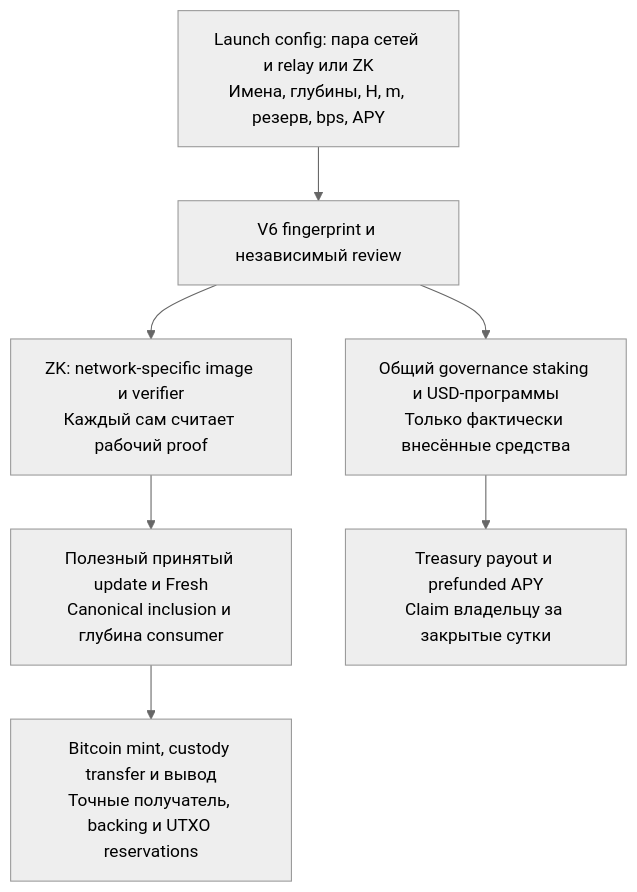
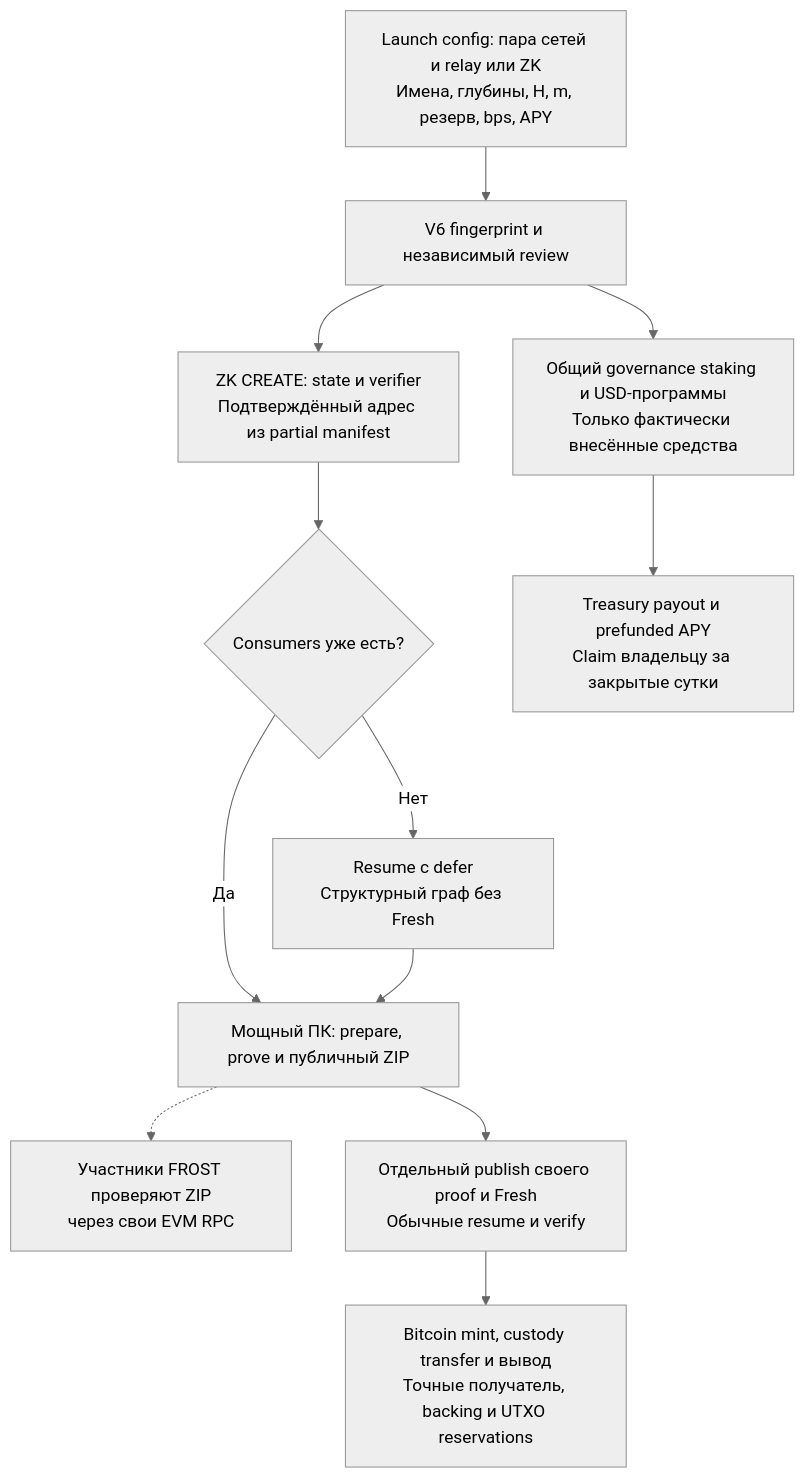
Diagram 11 of 11 in docs/ZK_SPV_ARCHITECTURE.md (SergeyBelets/SatFiSetup), drawn with Mermaid (neutral theme) before and after one commit. The commit also changed other lines of this file and 364 other files, not shown here.

````diff
--- a/docs/ZK_SPV_ARCHITECTURE.md
+++ b/docs/ZK_SPV_ARCHITECTURE.md
@@ -501,9 +504,14 @@
 ```mermaid
 flowchart TD
     C["Launch config: пара сетей и relay или ZK<br/>Имена, глубины, H, m, резерв, bps, APY"] --> I["V6 fingerprint и независимый review"]
-    I --> Z["ZK: network-specific image и verifier<br/>Каждый сам считает рабочий proof"]
-    Z --> F["Полезный принятый update и Fresh<br/>Canonical inclusion и глубина consumer"]
+    I --> Z["ZK CREATE: state и verifier<br/>Подтверждённый адрес из partial manifest"]
+    Z --> K{"Consumers уже есть?"}
+    K -->|"Нет"| BIND["Resume с defer<br/>Структурный граф без Fresh"]
+    K -->|"Да"| P
+    BIND --> P["Мощный ПК: prepare, prove и публичный ZIP"]
+    P -.-> ZIP["Участники FROST проверяют ZIP<br/>через свои EVM RPC"]
+    P --> F["Отдельный publish своего proof и Fresh<br/>Обычные resume и verify"]
     F --> B["Bitcoin mint, custody transfer и вывод<br/>Точные получатель, backing и UTXO reservations"]
     I --> E["Общий governance staking и USD-программы<br/>Только фактически внесённые средства"]
     E --> D["Treasury payout и prefunded APY<br/>Claim владельцу за закрытые сутки"]
 ```
````
